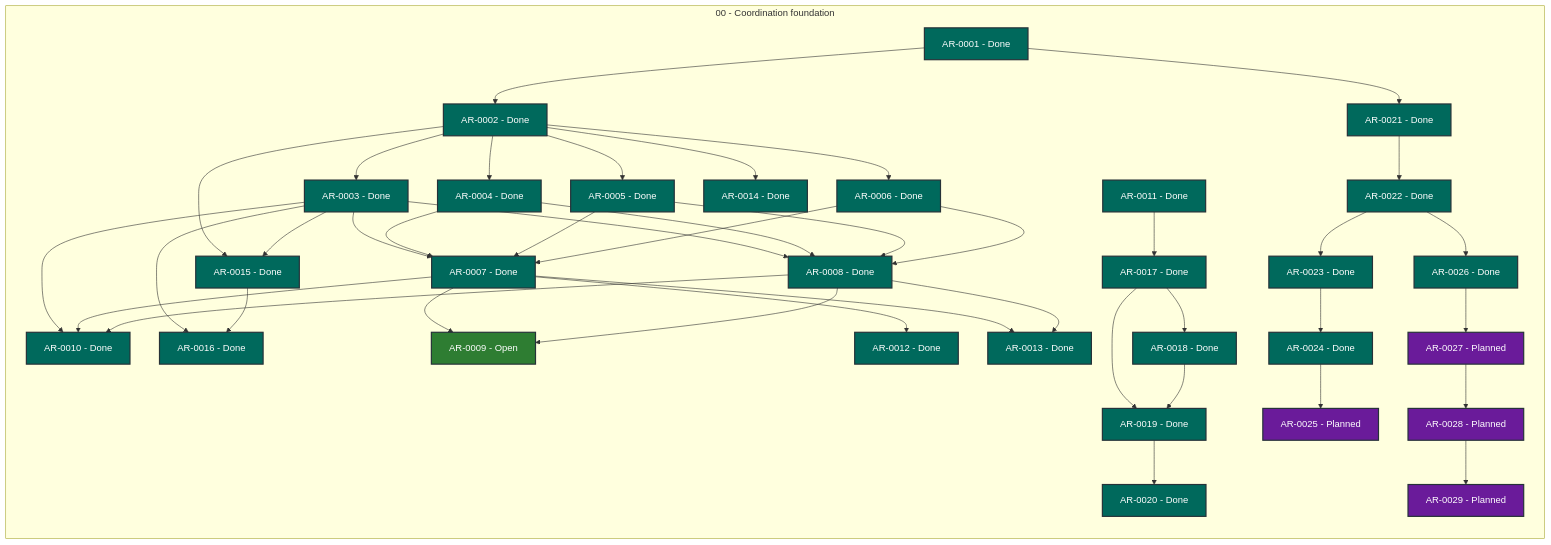
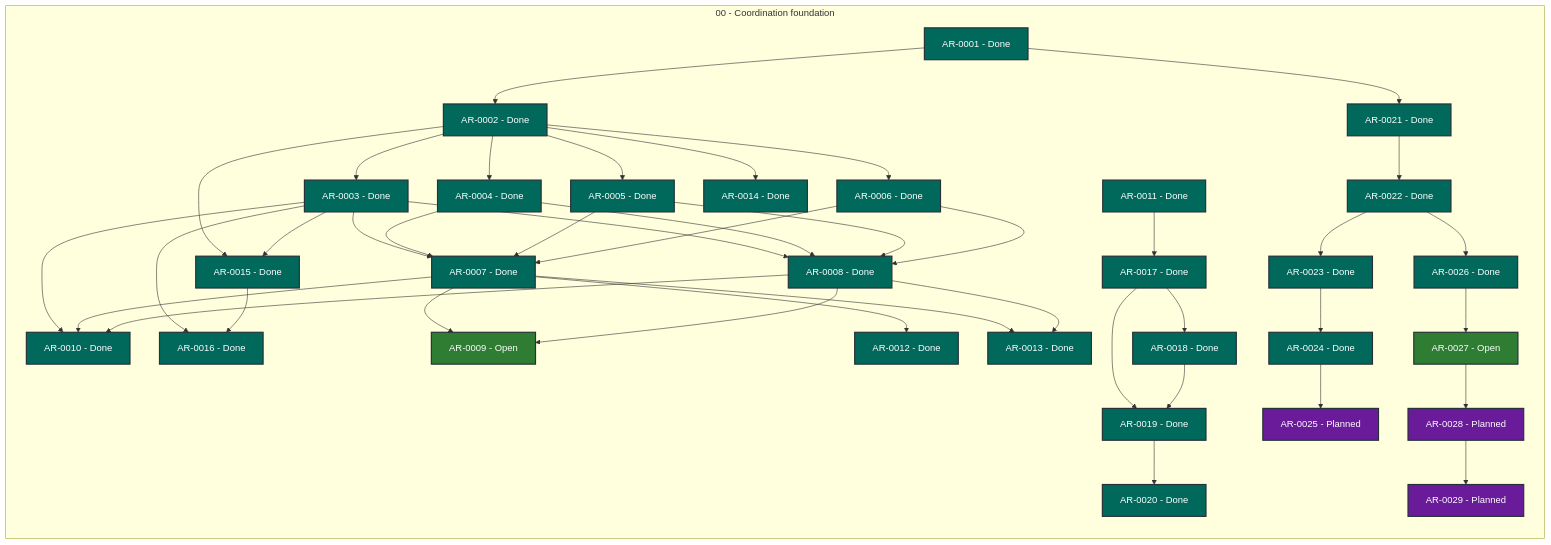
One commit to martin-beck/agent-workflow-coordinator-state changed the diagram in STATUS.md. Above: the diagram before and after it, drawn with Mermaid. The commit also changed other lines of this file and 2 other files, not shown here.

```diff
--- a/STATUS.md
+++ b/STATUS.md
@@ -54,7 +54,7 @@
         AR_0024["AR-0024 - Done"]:::status_done
         AR_0025["AR-0025 - Planned"]:::status_planned
         AR_0026["AR-0026 - Done"]:::status_done
-        AR_0027["AR-0027 - Planned"]:::status_planned
+        AR_0027["AR-0027 - Open"]:::status_open
         AR_0028["AR-0028 - Planned"]:::status_planned
         AR_0029["AR-0029 - Planned"]:::status_planned
     end
```
